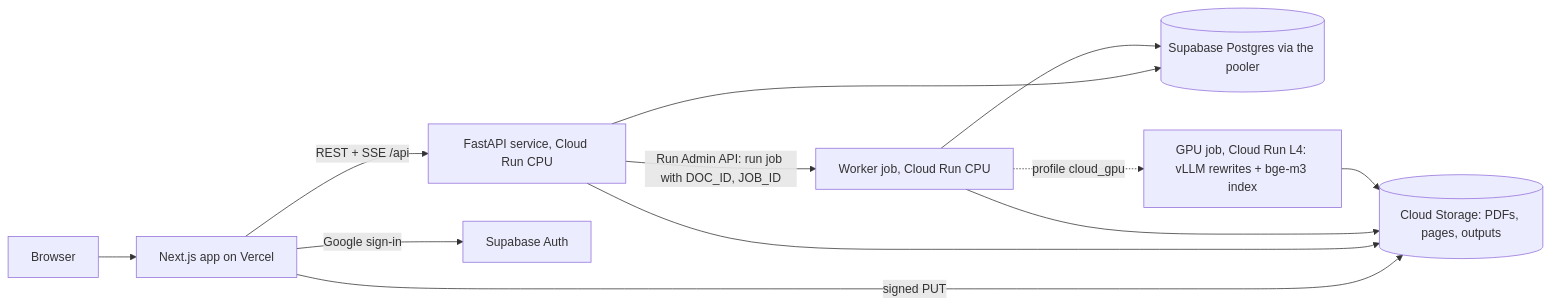
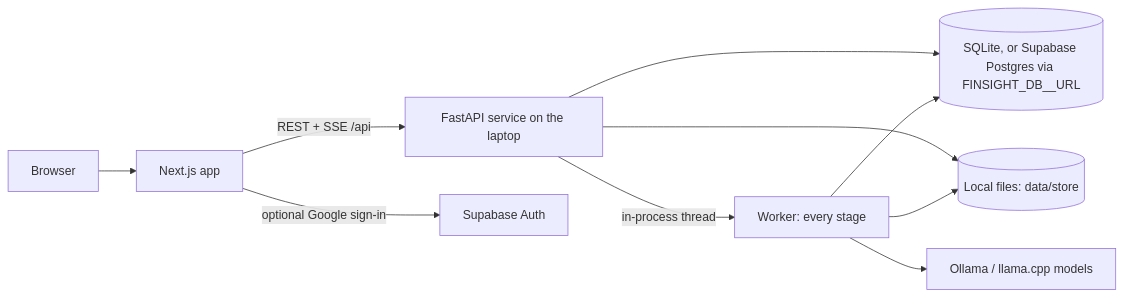
Before and after one commit to AkshatTm/FinSight-IPO-X-Ray-for-Indian-retail-investors: the second of 6 diagrams in docs/architecture/index.md, drawn with Mermaid. The commit also changed other lines of this file and 92 other files, not shown here.

First line of the commit message:
chore: remove Google Cloud, run local-only (B-ADR-16)

````diff
--- a/docs/architecture/index.md
+++ b/docs/architecture/index.md
@@ -21,14 +21,12 @@
 ```mermaid
 flowchart LR
-  B[Browser] --> FE[Next.js app on Vercel]
-  FE -->|REST + SSE /api| API[FastAPI service, Cloud Run CPU]
-  FE -->|signed PUT| GCS[(Cloud Storage: PDFs, pages, outputs)]
-  FE -->|Google sign-in| AUTH[Supabase Auth]
-  API --> PG[(Supabase Postgres via the pooler)]
-  API --> GCS
-  API -->|Run Admin API: run job with DOC_ID, JOB_ID| W[Worker job, Cloud Run CPU]
-  W --> GCS
-  W --> PG
-  W -. profile cloud_gpu .-> G[GPU job, Cloud Run L4: vLLM rewrites + bge-m3 index]
-  G --> GCS
+  B[Browser] --> FE[Next.js app]
+  FE -->|REST + SSE /api| API[FastAPI service on the laptop]
+  FE -->|optional Google sign-in| AUTH[Supabase Auth]
+  API --> DB[(SQLite, or Supabase Postgres via FINSIGHT_DB__URL)]
+  API --> FS[(Local files: data/store)]
+  API -->|in-process thread| W[Worker: every stage]
+  W --> FS
+  W --> DB
+  W --> M[Ollama / llama.cpp models]
 ```
````
